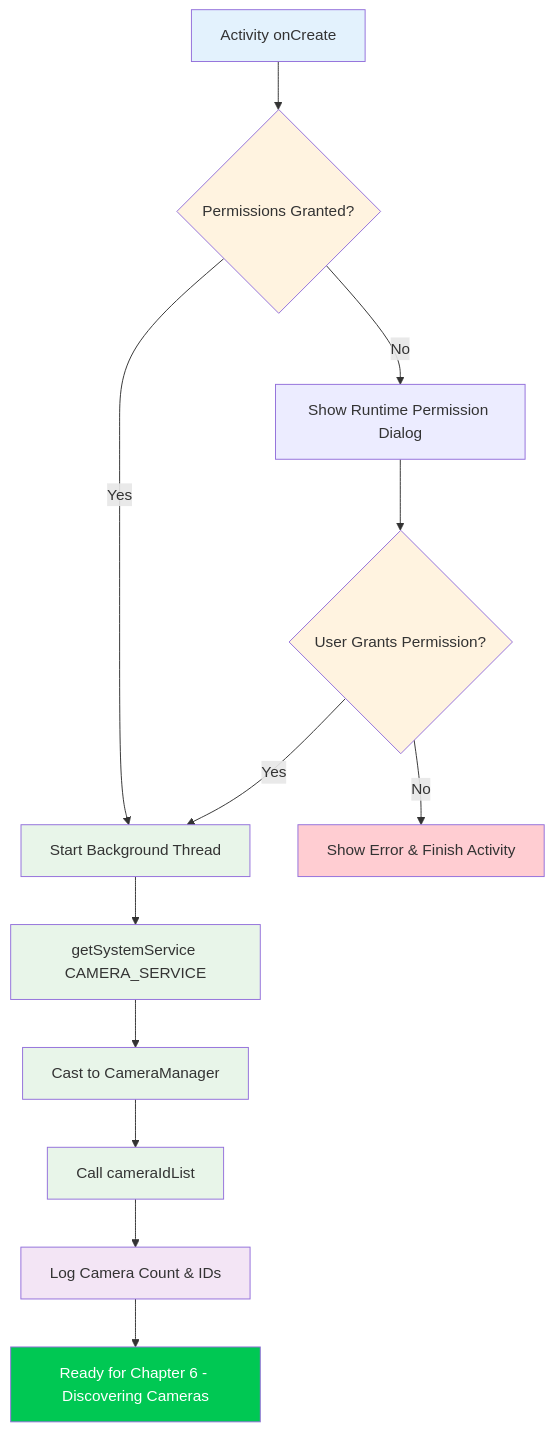
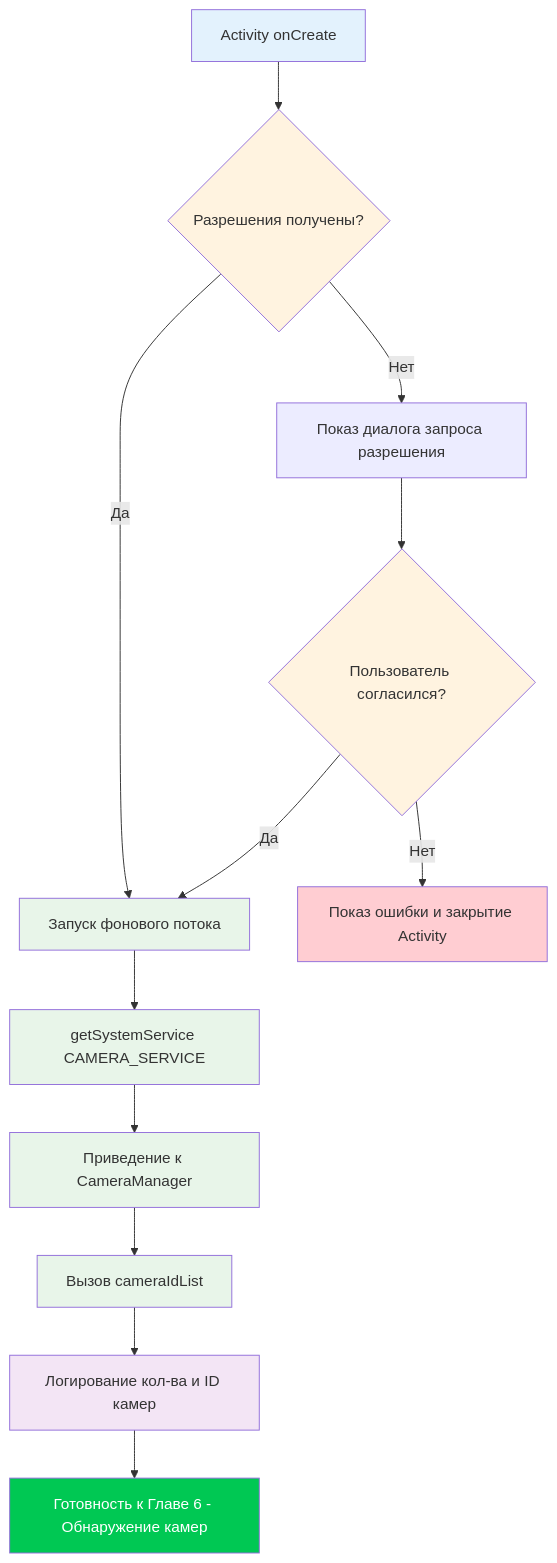
Before and after one commit to zoozooll/AndroidCameraParameters: the diagram in website/i18n/ru/docusaurus-plugin-content-docs/current/camera2/creating-your-first-camera2-project.md, drawn with Mermaid. The commit also changed other lines of this file and 378 other files, not shown here.

````diff
--- a/website/i18n/ru/docusaurus-plugin-content-docs/current/camera2/creating-your-first-camera2-project.md
+++ b/website/i18n/ru/docusaurus-plugin-content-docs/current/camera2/creating-your-first-camera2-project.md
@@ -340,25 +341,25 @@
 ```mermaid
 flowchart TD
-    A[Activity onCreate] --> B{Permissions Granted?}
-    B -->|Yes| C[Start Background Thread]
-    B -->|No| D[Show Runtime Permission Dialog]
-    D --> E{User Grants Permission?}
-    E -->|Yes| C
-    E -->|No| F[Show Error & Finish Activity]
+    A["Activity onCreate"] --> B{Разрешения получены?}
+    B -->|Да| C[Запуск фонового потока]
+    B -->|Нет| D[Показ диалога запроса разрешения]
+    D --> E{Пользователь согласился?}
+    E -->|Да| C
+    E -->|Нет| F[Показ ошибки и закрытие Activity]
     C --> G[getSystemService CAMERA_SERVICE]
-    G --> H[Cast to CameraManager]
-    H --> I[Call cameraIdList]
-    I --> J[Log Camera Count & IDs]
-    J --> K[Ready for Chapter 6 - Discovering Cameras]
+    G --> H[Приведение к CameraManager]
+    H --> I[Вызов cameraIdList]
+    I --> J[Логирование кол-ва и ID камер]
+    J --> K[Готовность к Главе 6 - Обнаружение камер]
     
     style A fill:#e3f2fd
     style B fill:#fff3e0
     style E fill:#fff3e0
     style C fill:#e8f5e9
     style G fill:#e8f5e9
     style H fill:#e8f5e9
     style I fill:#e8f5e9
     style J fill:#f3e5f5
-    style K fill:#00c853,color:#fff
+    style K Symbol,fill:#00c853,color:#fff
     style F fill:#ffcdd2
 ```
````
